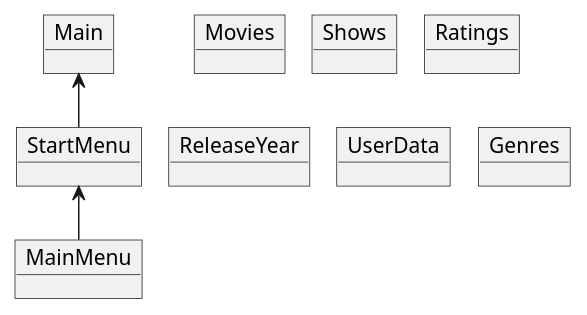
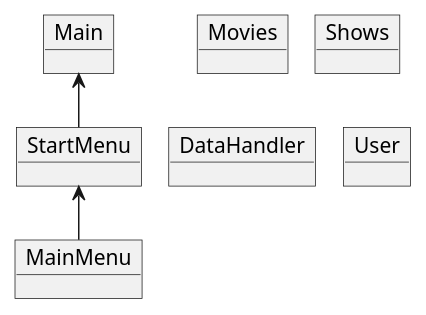
One commit to ValdemarLarsen02/SP3GruppeD changed the diagram in .idea/Domain Model.puml. Above: the diagram before and after it, drawn with PlantUML.

```diff
--- a/.idea/Domain Model.puml
+++ b/.idea/Domain Model.puml
@@ -1,21 +1,21 @@
 @startuml
 !pragma layout smetana
 
 object Main
 object StartMenu
 object MainMenu
 object Movies
 object Shows
-object Ratings
-object ReleaseYear
-object UserData
-object Genres
+object DataHandler
+object User
+
 
 
 Main <-- StartMenu
 StartMenu <-- MainMenu
 
 
 
 
+
 @enduml
```
